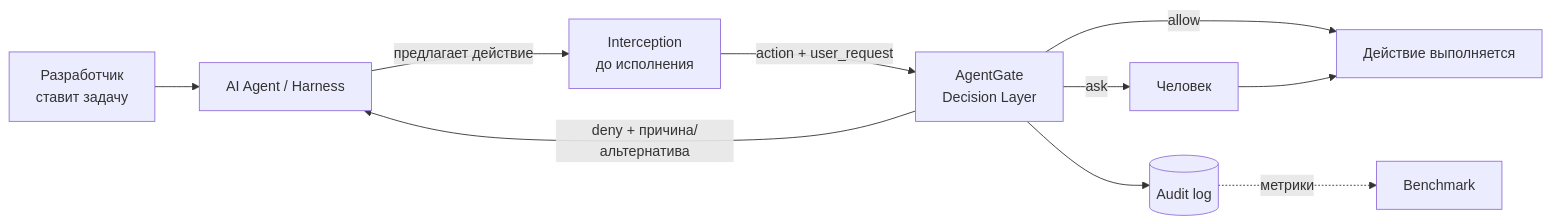
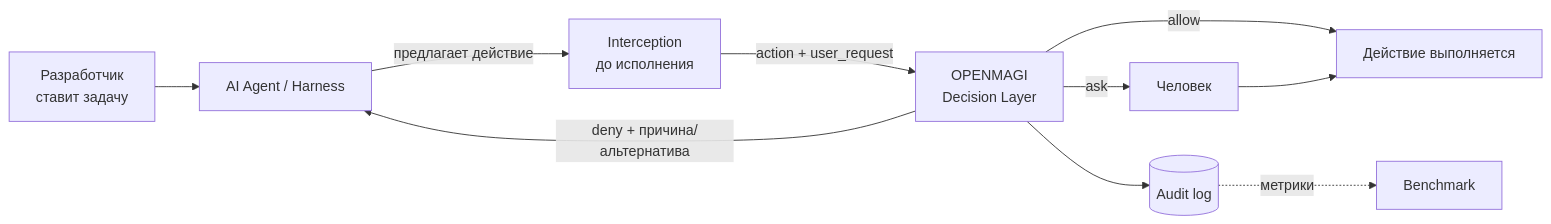
The diagram in docs/project-context/artifacts/PRODUCT_INTERIM.md (iamalexandreevich/ai-product-hack-2026), drawn with Mermaid before and after one commit. The commit also changed other lines of this file and 16 other files, not shown here.

Commit message:
--rename AgentGate->OPENMAGI (in /docs/project-context)

````diff
--- a/docs/project-context/artifacts/PRODUCT_INTERIM.md
+++ b/docs/project-context/artifacts/PRODUCT_INTERIM.md
@@ -81,12 +81,12 @@
 ```mermaid
 flowchart LR
     U[Разработчик<br/>ставит задачу] --> A[AI Agent / Harness]
     A -->|предлагает действие| I[Interception<br/>до исполнения]
-    I -->|action + user_request| G[AgentGate<br/>Decision Layer]
+    I -->|action + user_request| G[OPENMAGI<br/>Decision Layer]
     G -->|allow| X[Действие выполняется]
     G -->|deny + причина/альтернатива| A
     G -->|ask| H[Человек]
     H --> X
     G --> L[(Audit log)]
     L -.->|метрики| B[Benchmark]
 ```
````
